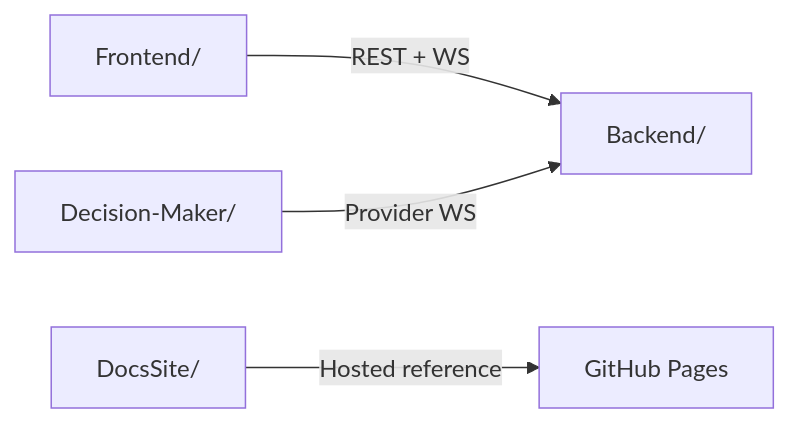
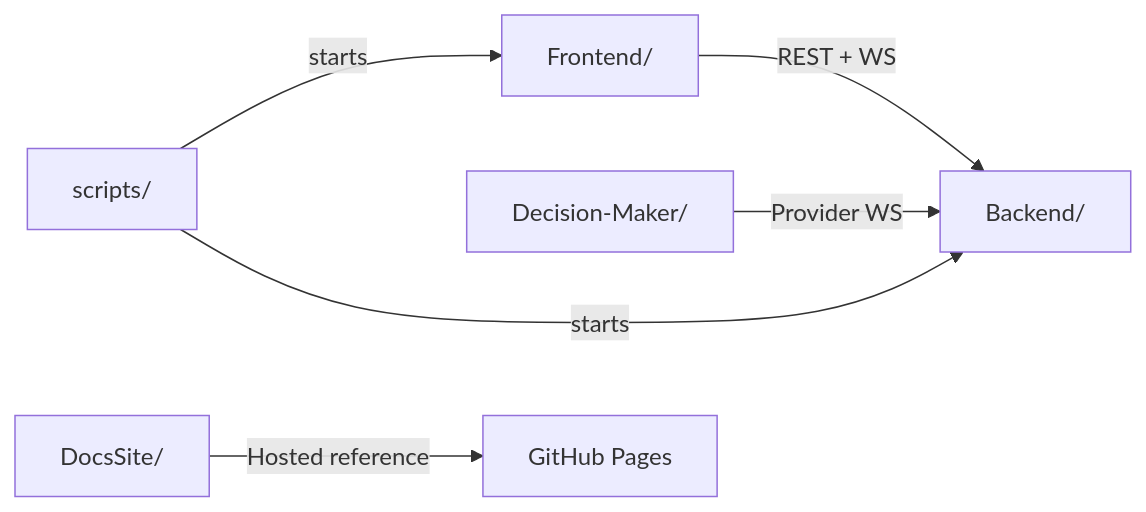
Before and after one commit to MrSachin7/reading-the-reader-monorepo: the diagram in DocsSite/app/overview/repository-structure/page.mdx, drawn with Mermaid. The commit also changed other lines of this file and 26 other files, not shown here.

Commit message:
feat(frontend): introduce brand color hierarchy across core researcher flows

````diff
--- a/DocsSite/app/overview/repository-structure/page.mdx
+++ b/DocsSite/app/overview/repository-structure/page.mdx
@@ -56,6 +66,8 @@
 ```mermaid
 flowchart LR
   Frontend["Frontend/"] -->|REST + WS| Backend["Backend/"]
   Decision["Decision-Maker/"] -->|Provider WS| Backend
+  Scripts["scripts/"] -->|starts| Frontend
+  Scripts -->|starts| Backend
   Docs["DocsSite/"] -->|Hosted reference| Pages["GitHub Pages"]
 ```
````
